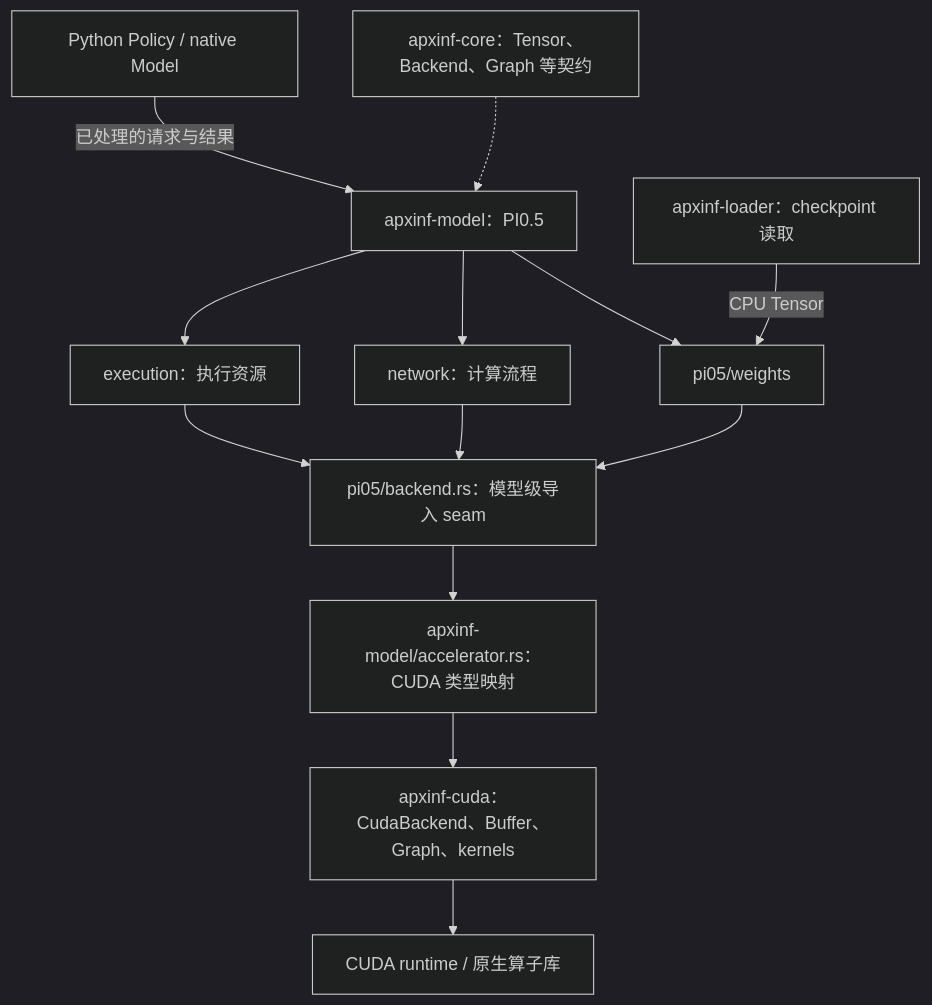
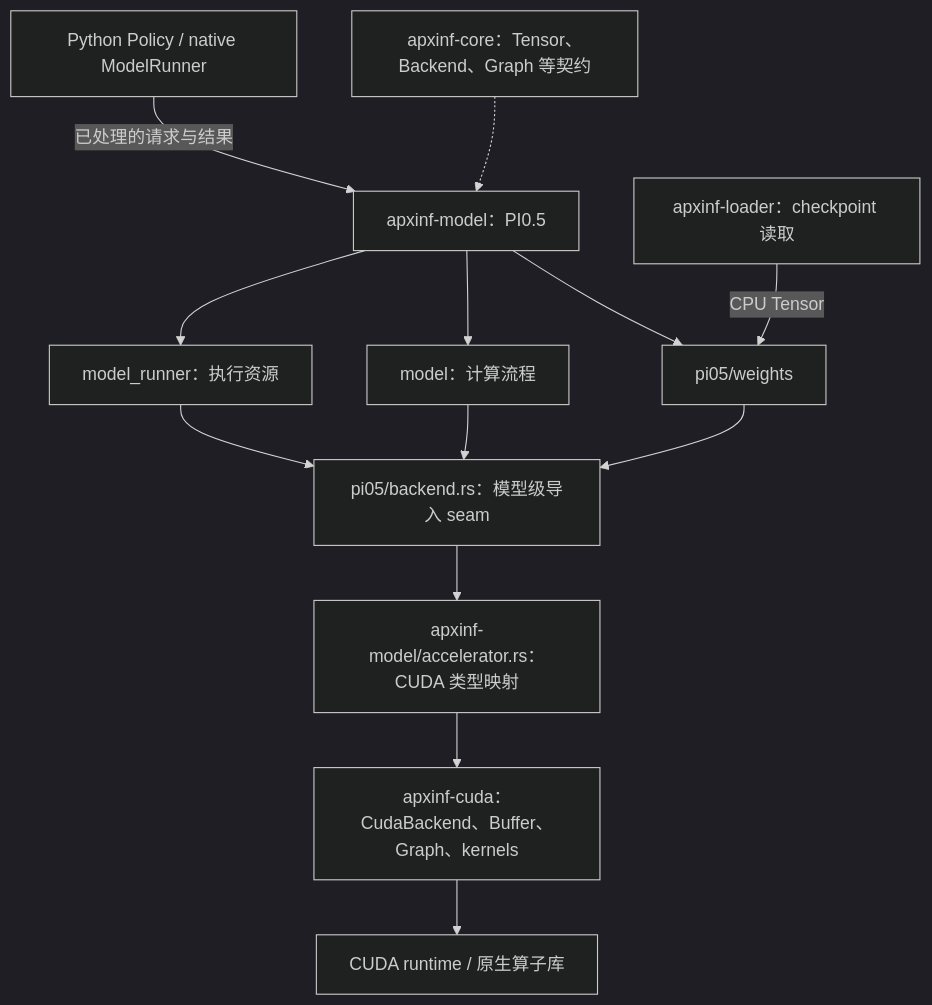
The fifth of 6 diagrams in doc/model-lifecycle/architecture.md (infinigence/ApxInf), drawn with Mermaid (dark theme) before and after one commit. The commit also changed other lines of this file and 55 other files, not shown here.

Commit message:
refactor: align model runner and modulation terminology

````diff
--- a/doc/model-lifecycle/architecture.md
+++ b/doc/model-lifecycle/architecture.md
@@ -501,15 +563,15 @@
 ```mermaid
 flowchart TD
-    U[Python Policy / native Model] -->|已处理的请求与结果| M[apxinf-model：PI0.5]
+    U[Python Policy / native ModelRunner] -->|已处理的请求与结果| M[apxinf-model：PI0.5]
     C[apxinf-core：Tensor、Backend、Graph 等契约] -.-> M
     L[apxinf-loader：checkpoint 读取] -->|CPU Tensor| W[pi05/weights]
-    M --> E[execution：执行资源]
-    M --> N[network：计算流程]
+    M --> E[model_runner：执行资源]
+    M --> N[model：计算流程]
     M --> W
     E --> B[pi05/backend.rs：模型级导入 seam]
     N --> B
     W --> B
     B --> A[apxinf-model/accelerator.rs：CUDA 类型映射]
     A --> D[apxinf-cuda：CudaBackend、Buffer、Graph、kernels]
     D --> G[CUDA runtime / 原生算子库]
 ```
````
